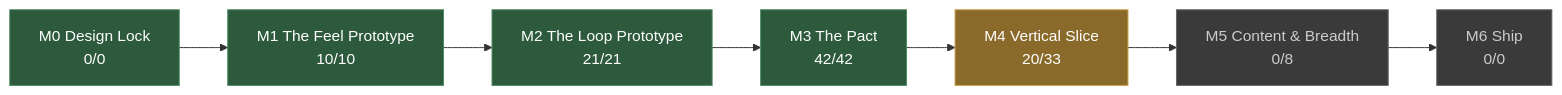
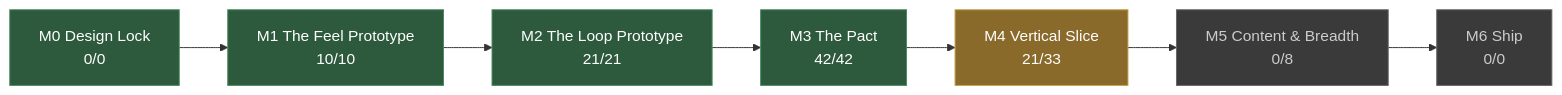
The diagram in docs/STATUS.md (JoshuaGessner/she), drawn with Mermaid before and after one commit. The commit also changed other lines of this file and 26 other files, not shown here.

````diff
--- a/docs/STATUS.md
+++ b/docs/STATUS.md
@@ -13,19 +13,19 @@
 ```mermaid
 flowchart LR
   M0["M0 Design Lock<br/>0/0"]:::passed
   M1["M1 The Feel Prototype<br/>10/10"]:::passed
   M0 --> M1
   M2["M2 The Loop Prototype<br/>21/21"]:::passed
   M1 --> M2
   M3["M3 The Pact<br/>42/42"]:::passed
   M2 --> M3
-  M4["M4 Vertical Slice<br/>20/33"]:::current
+  M4["M4 Vertical Slice<br/>21/33"]:::current
   M3 --> M4
   M5["M5 Content & Breadth<br/>0/8"]:::ahead
   M4 --> M5
   M6["M6 Ship<br/>0/0"]:::ahead
   M5 --> M6
   classDef passed fill:#2d5a3d,stroke:#4a8a5f,color:#fff
   classDef current fill:#8a6a2a,stroke:#c8a04a,color:#fff
   classDef ahead fill:#3a3a3a,stroke:#666,color:#ccc
 ```
````
